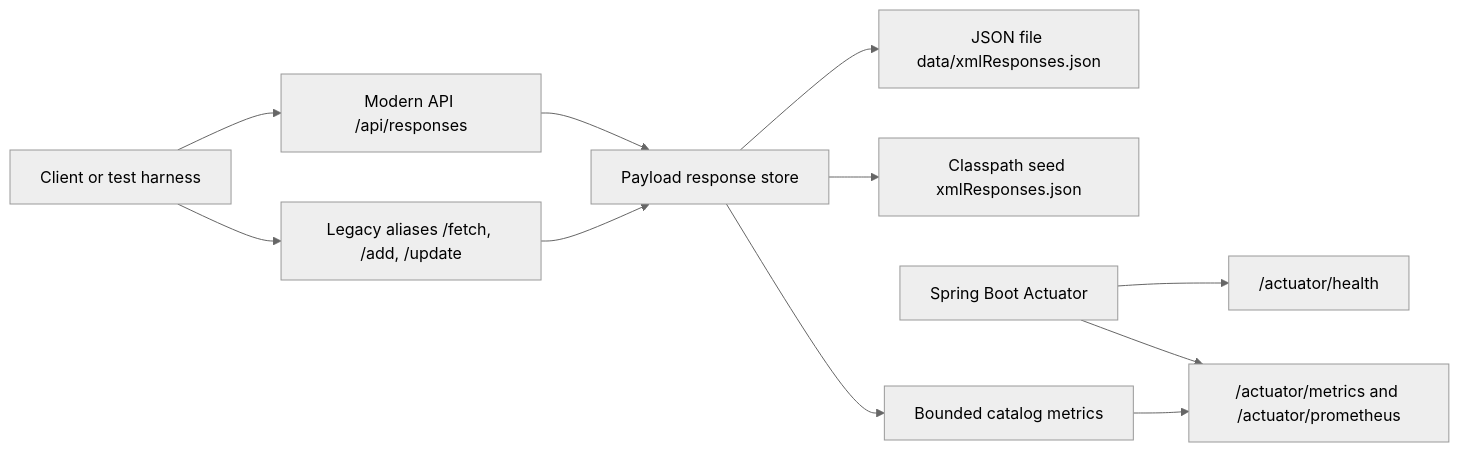
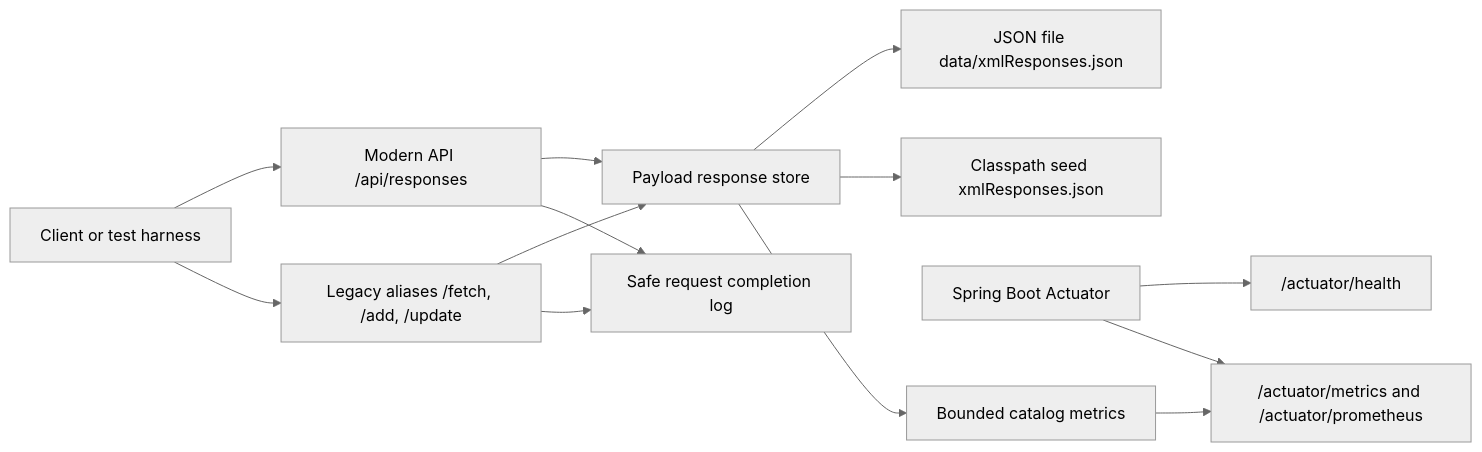
Before and after one commit to J4vedskh/payloadprobe-lab: the first of 3 diagrams in docs/architecture.md, drawn with Mermaid (neutral theme). The commit also changed other lines of this file and 6 other files, not shown here.

Commit message:
Add privacy-safe request completion logs (#5)

````diff
--- a/docs/architecture.md
+++ b/docs/architecture.md
@@ -8,13 +8,15 @@
 ```mermaid
 flowchart LR
     Client["Client or test harness"] --> ModernApi["Modern API /api/responses"]
     Client --> LegacyApi["Legacy aliases /fetch, /add, /update"]
     ModernApi --> Store["Payload response store"]
     LegacyApi --> Store
+    ModernApi --> RequestLog["Safe request completion log"]
+    LegacyApi --> RequestLog
     Store --> JsonFile["JSON file data/xmlResponses.json"]
     Store --> Seed["Classpath seed xmlResponses.json"]
     Spring["Spring Boot Actuator"] --> Health["/actuator/health"]
     Store --> Metrics["Bounded catalog metrics"]
     Spring --> MetricsApi["/actuator/metrics and /actuator/prometheus"]
     Metrics --> MetricsApi
 ```
````
